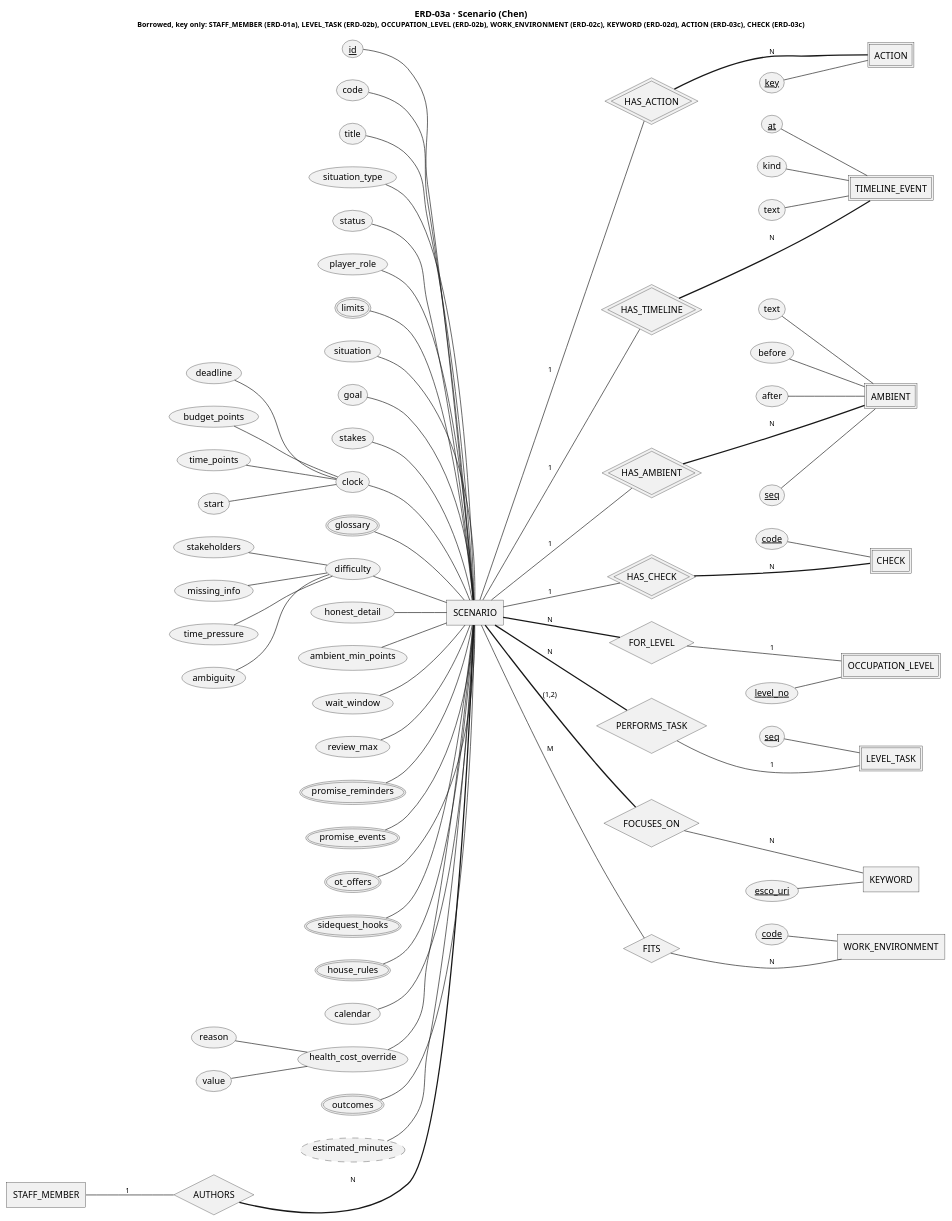
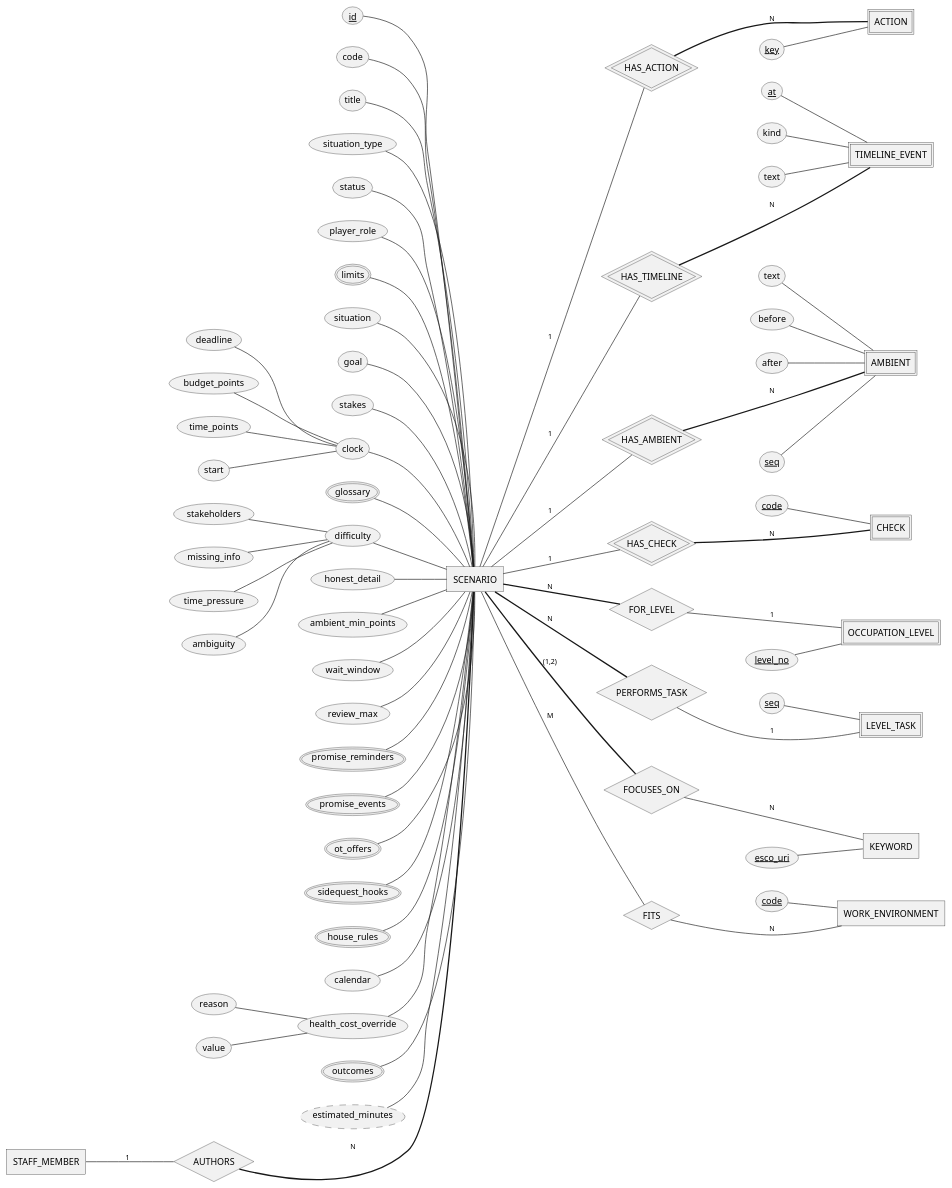
Before and after one commit to The-Golden-Trio/Capstone-Project: the diagram in reports/master/plantuml/erd/ERD-03a_Scenario.puml, drawn with PlantUML. The commit also changed 167 other files, not shown here.

```diff
--- a/reports/master/plantuml/erd/ERD-03a_Scenario.puml
+++ b/reports/master/plantuml/erd/ERD-03a_Scenario.puml
@@ -1,136 +1,136 @@
 @startchen ERD-03a_Scenario
-title ERD-03a · Scenario (Chen)\n<size:11>Borrowed, key only: STAFF_MEMBER (ERD-01a), LEVEL_TASK (ERD-02b), OCCUPATION_LEVEL (ERD-02b), WORK_ENVIRONMENT (ERD-02c), KEYWORD (ERD-02d), ACTION (ERD-03c), CHECK (ERD-03c)</size>
+' Borrowed, key only: STAFF_MEMBER (ERD-01a), LEVEL_TASK (ERD-02b), OCCUPATION_LEVEL (ERD-02b), WORK_ENVIRONMENT (ERD-02c), KEYWORD (ERD-02d), ACTION (ERD-03c), CHECK (ERD-03c)
 left to right direction
 ' GENERATED by reports/master/design/compact/gen_erd.py from plantuml/erd/ERD_JobQuest_Chen.puml.
 ' Do not edit this file: edit ERD_JobQuest_Chen.puml (or VIEWS in the script) and rerun the script.
 ' Sections: E. Scenario content
 ' Notation: <<weak>> double rectangle · <<identifying>> double diamond · <<key>> key (partial on weak)
 '   <<derived>> dashed oval · <<multi>> double oval · { } composite · =N= total participation
 '   Label next to an entity = that entity's cardinality in the relationship.
 ' [CAM] research still 'can chot' or draft (07 A28) · [VANG] research 'da chot', no D-ID yet
 
 ' ═══ Entities ═══
 ' [CAM] outcomes: Seed scenario "chua chot"
 entity SCENARIO {
   id <<key>>
   code
   title
   situation_type
   status
   player_role
   limits <<multi>>
   situation
   goal
   stakes
   clock {
     start
     deadline
     budget_points
     time_points
   }
   glossary <<multi>>
   difficulty {
     ambiguity
     stakeholders
     missing_info
     time_pressure
   }
   honest_detail
   ambient_min_points
   wait_window
   review_max
   promise_reminders <<multi>>
   promise_events <<multi>>
   ot_offers <<multi>>
   sidequest_hooks <<multi>>
   house_rules <<multi>>
   calendar
   health_cost_override {
     value
     reason
   }
   outcomes <<multi>>
   estimated_minutes <<derived>>
 }
 entity TIMELINE_EVENT <<weak>> {
   at <<key>>
   kind
   text
 }
 entity AMBIENT <<weak>> {
   seq <<key>>
   text
   before
   after
 }
 
 ' ═══ Relationships ═══
 relationship HAS_ACTION <<identifying>> {
 }
 relationship HAS_TIMELINE <<identifying>> {
 }
 relationship HAS_AMBIENT <<identifying>> {
 }
 relationship HAS_CHECK <<identifying>> {
 }
 relationship FOR_LEVEL {
 }
 relationship PERFORMS_TASK {
 }
 relationship FOCUSES_ON {
 }
 relationship FITS {
 }
 relationship AUTHORS {
 }
 
 ' ═══ Borrowed from other views (key attributes only) ═══
 ' home: ERD-01a
 entity STAFF_MEMBER {
 }
 ' home: ERD-02b
 entity LEVEL_TASK <<weak>> {
   seq <<key>>
 }
 ' home: ERD-02b
 entity OCCUPATION_LEVEL <<weak>> {
   level_no <<key>>
 }
 ' home: ERD-02c
 entity WORK_ENVIRONMENT {
   code <<key>>
 }
 ' home: ERD-02d
 entity KEYWORD {
   esco_uri <<key>>
 }
 ' home: ERD-03c
 entity ACTION <<weak>> {
   key <<key>>
 }
 ' home: ERD-03c
 entity CHECK <<weak>> {
   code <<key>>
 }
 
 ' ═══ Links ═══
 SCENARIO -1- HAS_ACTION
 HAS_ACTION =N= ACTION
 SCENARIO -1- HAS_TIMELINE
 HAS_TIMELINE =N= TIMELINE_EVENT
 SCENARIO -1- HAS_AMBIENT
 HAS_AMBIENT =N= AMBIENT
 SCENARIO -1- HAS_CHECK
 HAS_CHECK =N= CHECK
 SCENARIO =N= FOR_LEVEL
 FOR_LEVEL -1- OCCUPATION_LEVEL
 SCENARIO =N= PERFORMS_TASK
 PERFORMS_TASK -1- LEVEL_TASK
 SCENARIO =(1,2)= FOCUSES_ON
 FOCUSES_ON -N- KEYWORD
 SCENARIO -M- FITS
 FITS -N- WORK_ENVIRONMENT
 STAFF_MEMBER -1- AUTHORS
 AUTHORS =N= SCENARIO
 
 @endchen
```
